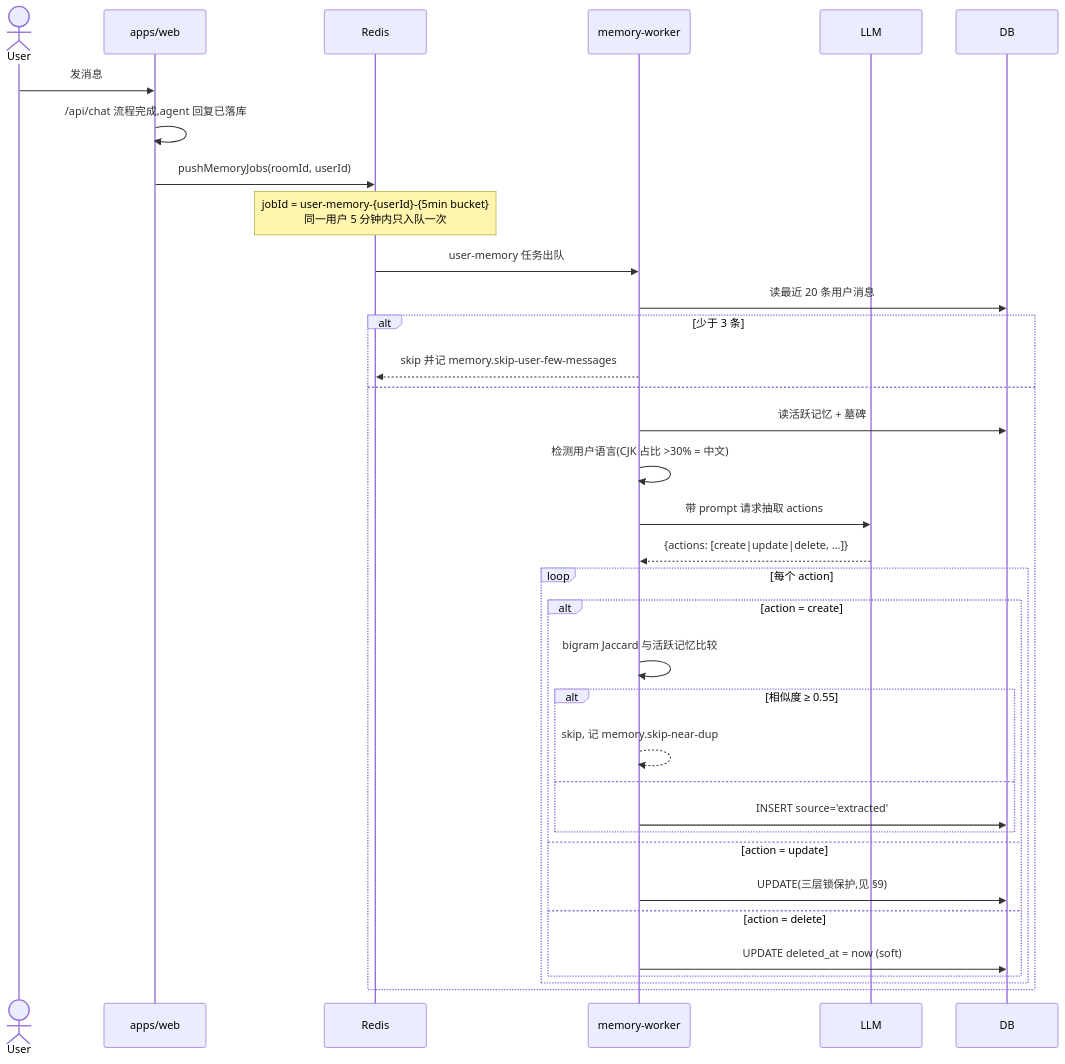
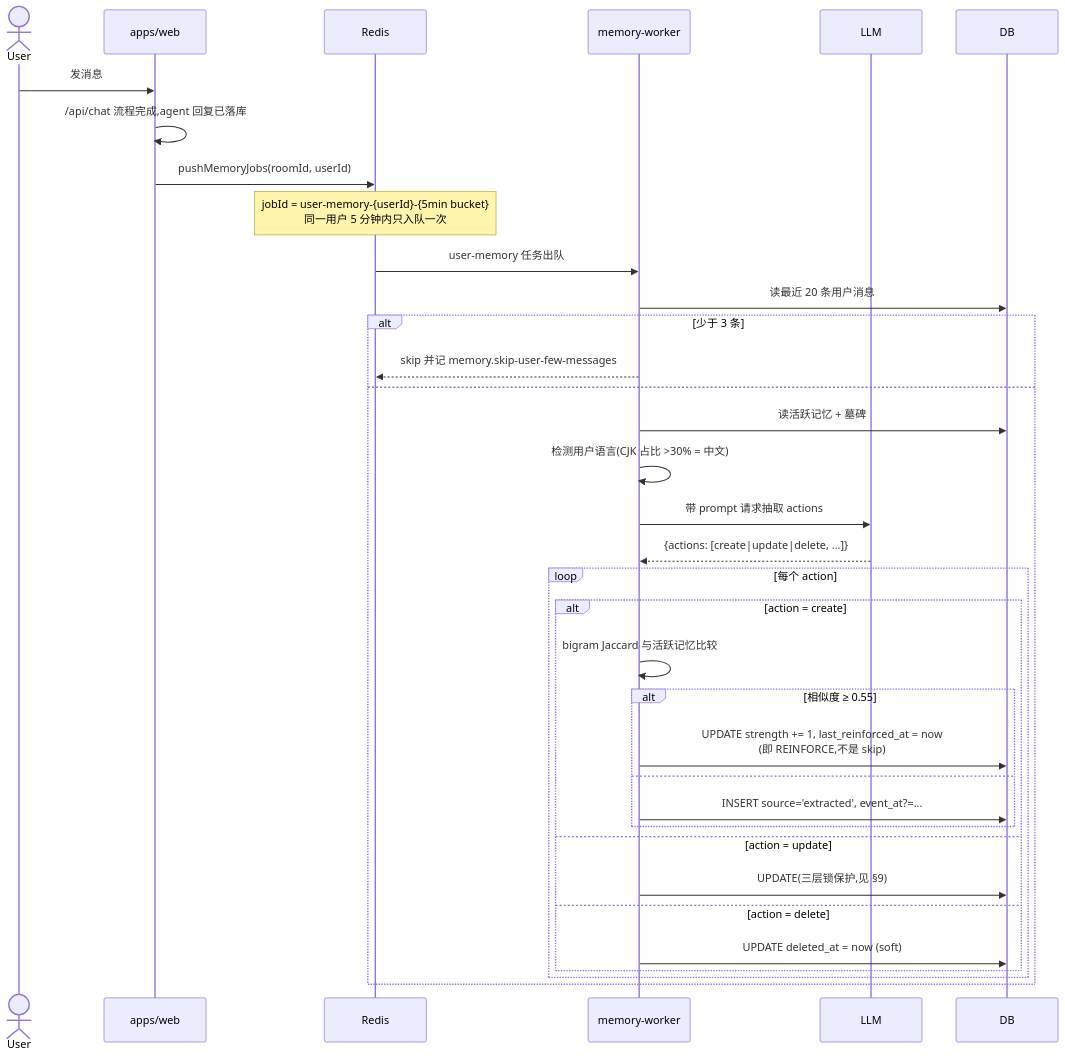
One commit to ivybug-test/agent-platform changed the third of 11 diagrams in docs/memory-system.md. Above: the diagram before and after it, drawn with Mermaid. The commit also changed other lines of this file and 10 other files, not shown here.

````diff
--- a/docs/memory-system.md
+++ b/docs/memory-system.md
@@ -138,38 +143,38 @@
 ```mermaid
 sequenceDiagram
   actor User
   participant Web as apps/web
   participant Redis
   participant MW as memory-worker
   participant LLM
   participant DB
 
   User->>Web: 发消息
   Web->>Web: /api/chat 流程完成,agent 回复已落库
   Web->>Redis: pushMemoryJobs(roomId, userId)
   Note over Redis: jobId = user-memory-{userId}-{5min bucket}<br/>同一用户 5 分钟内只入队一次
   Redis->>MW: user-memory 任务出队
   MW->>DB: 读最近 20 条用户消息
   alt 少于 3 条
     MW-->>Redis: skip 并记 memory.skip-user-few-messages
   else
     MW->>DB: 读活跃记忆 + 墓碑
     MW->>MW: 检测用户语言(CJK 占比 >30% = 中文)
     MW->>LLM: 带 prompt 请求抽取 actions
     LLM-->>MW: {actions: [create|update|delete, ...]}
     loop 每个 action
       alt action = create
         MW->>MW: bigram Jaccard 与活跃记忆比较
         alt 相似度 ≥ 0.55
-          MW-->>MW: skip, 记 memory.skip-near-dup
+          MW->>DB: UPDATE strength += 1, last_reinforced_at = now<br/>(即 REINFORCE,不是 skip)
         else
-          MW->>DB: INSERT source='extracted'
+          MW->>DB: INSERT source='extracted', event_at?=...
         end
       else action = update
         MW->>DB: UPDATE(三层锁保护,见 §9)
       else action = delete
         MW->>DB: UPDATE deleted_at = now (soft)
       end
     end
   end
 ```
````
